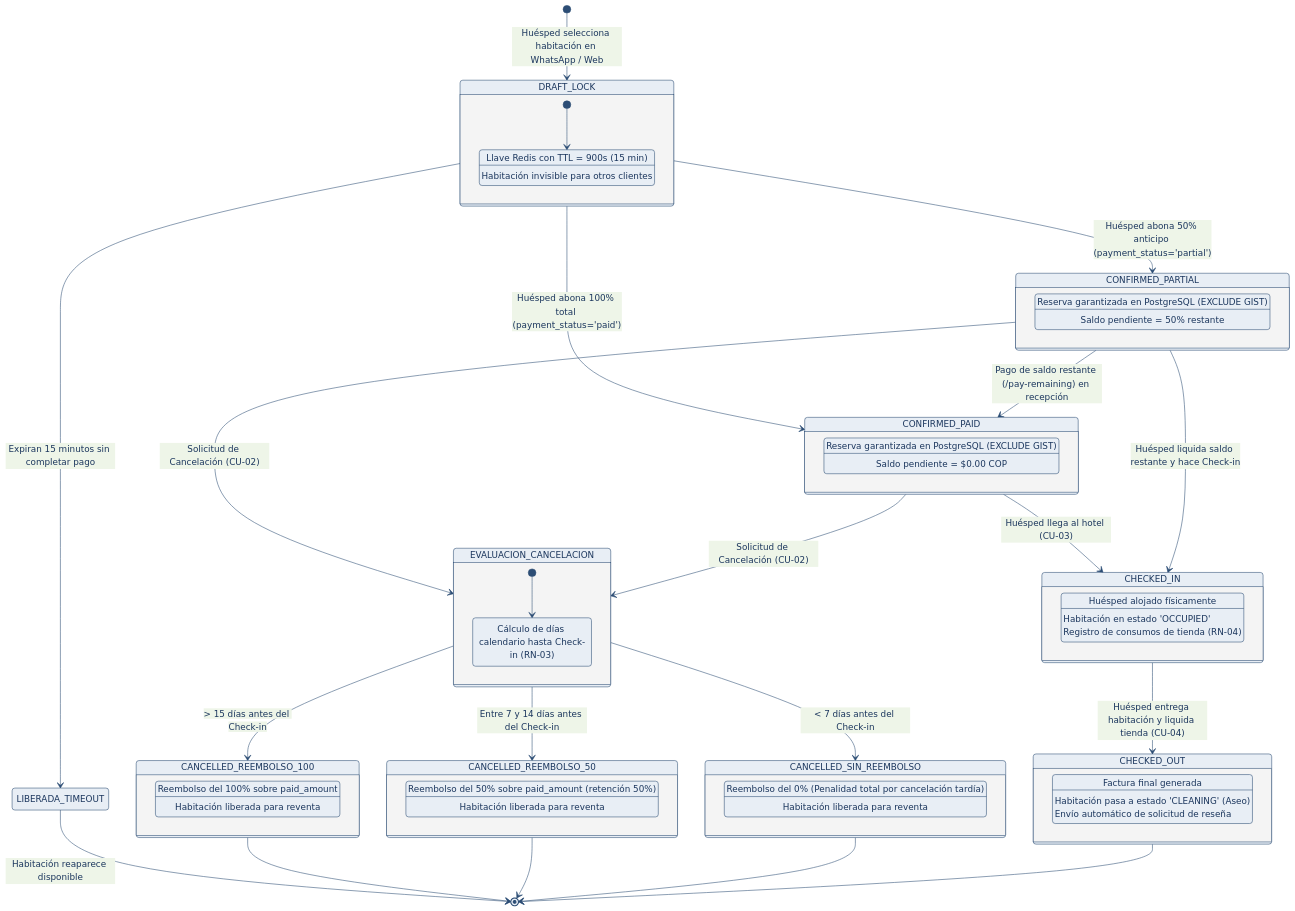
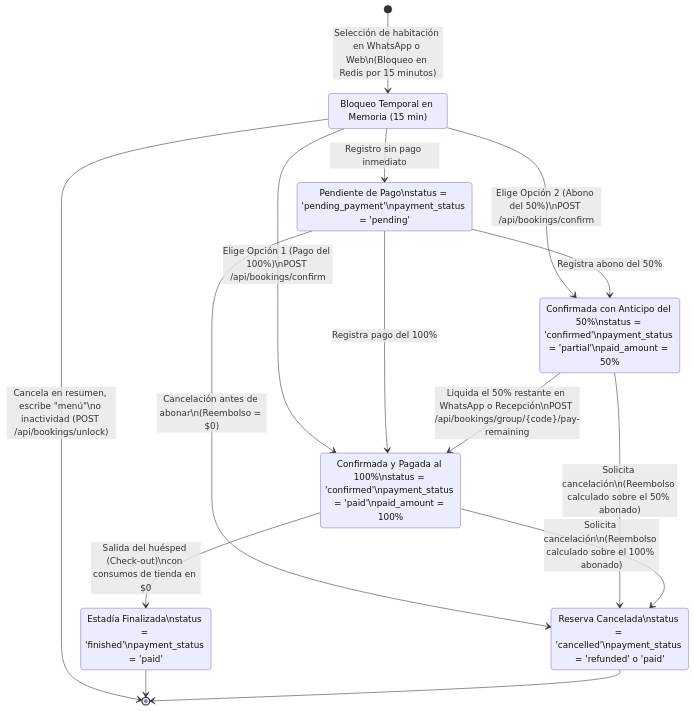
One commit to JuanJarias/SatoriPMS changed the first of 2 diagrams in docs/Diagramas/05_Ciclo_Vida_Reserva.md. Above: the diagram before and after it, drawn with Mermaid. The commit also changed other lines of this file and 8 other files, not shown here.

Commit message:
docs(diagrams,budget): restructure Mermaid diagrams and align budget docs and xlsx with client rules

````diff
--- a/docs/Diagramas/05_Ciclo_Vida_Reserva.md
+++ b/docs/Diagramas/05_Ciclo_Vida_Reserva.md
@@ -7,79 +15,30 @@
 ```mermaid
-%%{init: {'theme': 'base', 'themeVariables': { 'primaryColor': '#E8EEF5', 'primaryTextColor': '#1B365D', 'primaryBorderColor': '#2C4D75', 'lineColor': '#2C4D75' }}}%%
 stateDiagram-v2
-    [*] --> DRAFT_LOCK : Huésped selecciona habitación en WhatsApp / Web
+    [*] --> BloqueoTemporal : Selección de habitación en WhatsApp o Web\n(Bloqueo en Redis por 15 minutos)
 
-    state DRAFT_LOCK {
-        [*] --> CandadoEnMemoria
-        CandadoEnMemoria : Llave Redis con TTL = 900s (15 min)
-        CandadoEnMemoria : Habitación invisible para otros clientes
-    }
+    state "Bloqueo Temporal en Memoria (15 min)" as BloqueoTemporal
+    state "Pendiente de Pago\nstatus = 'pending_payment'\npayment_status = 'pending'" as PendientePago
+    state "Confirmada con Anticipo del 50%\nstatus = 'confirmed'\npayment_status = 'partial'\npaid_amount = 50%" as ConfirmadaParcial
+    state "Confirmada y Pagada al 100%\nstatus = 'confirmed'\npayment_status = 'paid'\npaid_amount = 100%" as ConfirmadaTotal
+    state "Estadía Finalizada\nstatus = 'finished'\npayment_status = 'paid'" as Finalizada
+    state "Reserva Cancelada\nstatus = 'cancelled'\npayment_status = 'refunded' o 'paid'" as Cancelada
 
-    DRAFT_LOCK --> LIBERADA_TIMEOUT : Expiran 15 minutos sin completar pago
-    LIBERADA_TIMEOUT --> [*] : Habitación reaparece disponible
+    BloqueoTemporal --> [*] : Cancela en resumen, escribe "menú"\no inactividad (POST /api/bookings/unlock)
+    BloqueoTemporal --> PendientePago : Registro sin pago inmediato
+    BloqueoTemporal --> ConfirmadaParcial : Elige Opción 2 (Abono del 50%)\nPOST /api/bookings/confirm
+    BloqueoTemporal --> ConfirmadaTotal : Elige Opción 1 (Pago del 100%)\nPOST /api/bookings/confirm
 
-    DRAFT_LOCK --> CONFIRMED_PARTIAL : Huésped abona 50% anticipo (payment_status='partial')
-    DRAFT_LOCK --> CONFIRMED_PAID : Huésped abona 100% total (payment_status='paid')
+    PendientePago --> ConfirmadaParcial : Registra abono del 50%
+    PendientePago --> ConfirmadaTotal : Registra pago del 100%
+    PendientePago --> Cancelada : Cancelación antes de abonar\n(Reembolso = $0)
 
-    state CONFIRMED_PARTIAL {
-        ConfirmadaConSaldo : Reserva garantizada en PostgreSQL (EXCLUDE GIST)
-        ConfirmadaConSaldo : Saldo pendiente = 50% restante
-    }
+    ConfirmadaParcial --> ConfirmadaTotal : Liquida el 50% restante en WhatsApp o Recepción\nPOST /api/bookings/group/{code}/pay-remaining
 
-    state CONFIRMED_PAID {
-        ConfirmadaTotal : Reserva garantizada en PostgreSQL (EXCLUDE GIST)
-        ConfirmadaTotal : Saldo pendiente = $0.00 COP
-    }
+    ConfirmadaParcial --> Cancelada : Solicita cancelación\n(Reembolso calculado sobre el 50% abonado)
+    ConfirmadaTotal --> Cancelada : Solicita cancelación\n(Reembolso calculado sobre el 100% abonado)
 
-    CONFIRMED_PARTIAL --> CONFIRMED_PAID : Pago de saldo restante (/pay-remaining) en recepción
+    ConfirmadaTotal --> Finalizada : Salida del huésped (Check-out)\ncon consumos de tienda en $0
 
-    CONFIRMED_PARTIAL --> EVALUACION_CANCELACION : Solicitud de Cancelación (CU-02)
-    CONFIRMED_PAID --> EVALUACION_CANCELACION : Solicitud de Cancelación (CU-02)
-
-    state EVALUACION_CANCELACION {
-        [*] --> ValidarAnticipacion
-        ValidarAnticipacion : Cálculo de días calendario hasta Check-in (RN-03)
-    }
-
-    EVALUACION_CANCELACION --> CANCELLED_REEMBOLSO_100 : > 15 días antes del Check-in
-    EVALUACION_CANCELACION --> CANCELLED_REEMBOLSO_50 : Entre 7 y 14 días antes del Check-in
-    EVALUACION_CANCELACION --> CANCELLED_SIN_REEMBOLSO : < 7 días antes del Check-in
-
-    state CANCELLED_REEMBOLSO_100 {
-        R100 : Reembolso del 100% sobre paid_amount
-        R100 : Habitación liberada para reventa
-    }
-
-    state CANCELLED_REEMBOLSO_50 {
-        R50 : Reembolso del 50% sobre paid_amount (retención 50%)
-        R50 : Habitación liberada para reventa
-    }
-
-    state CANCELLED_SIN_REEMBOLSO {
-        R0 : Reembolso del 0% (Penalidad total por cancelación tardía)
-        R0 : Habitación liberada para reventa
-    }
-
-    CANCELLED_REEMBOLSO_100 --> [*]
-    CANCELLED_REEMBOLSO_50 --> [*]
-    CANCELLED_SIN_REEMBOLSO --> [*]
-
-    CONFIRMED_PAID --> CHECKED_IN : Huésped llega al hotel (CU-03)
-    CONFIRMED_PARTIAL --> CHECKED_IN : Huésped liquida saldo restante y hace Check-in
-
-    state CHECKED_IN {
-        EstadiaActiva : Huésped alojado físicamente
-        EstadiaActiva : Habitación en estado 'OCCUPIED'
-        EstadiaActiva : Registro de consumos de tienda (RN-04)
-    }
-
-    CHECKED_IN --> CHECKED_OUT : Huésped entrega habitación y liquida tienda (CU-04)
-
-    state CHECKED_OUT {
-        SalidaExitosa : Factura final generada
-        SalidaExitosa : Habitación pasa a estado 'CLEANING' (Aseo)
-        SalidaExitosa : Envío automático de solicitud de reseña
-    }
-
-    CHECKED_OUT --> [*]
+    Finalizada --> [*]
+    Cancelada --> [*]
 ```
````
